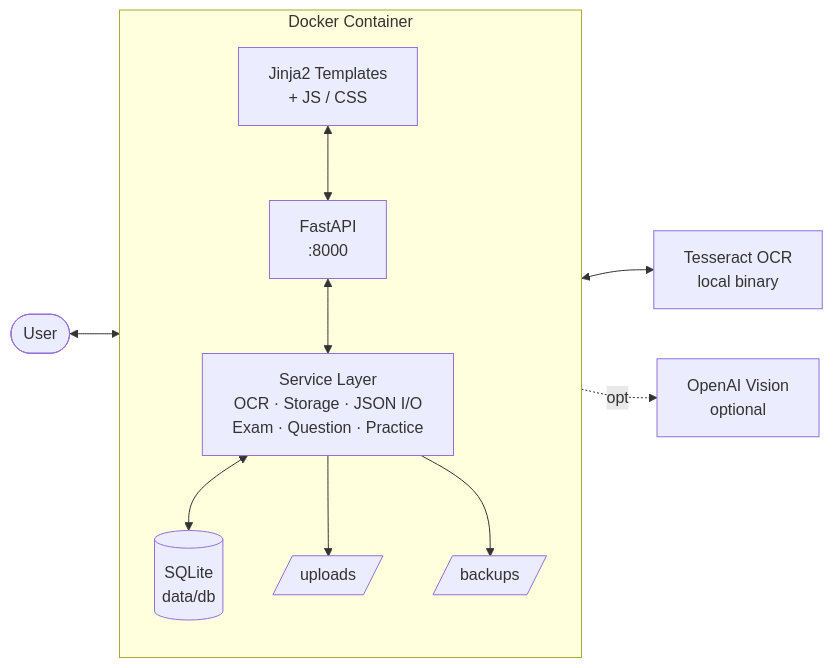
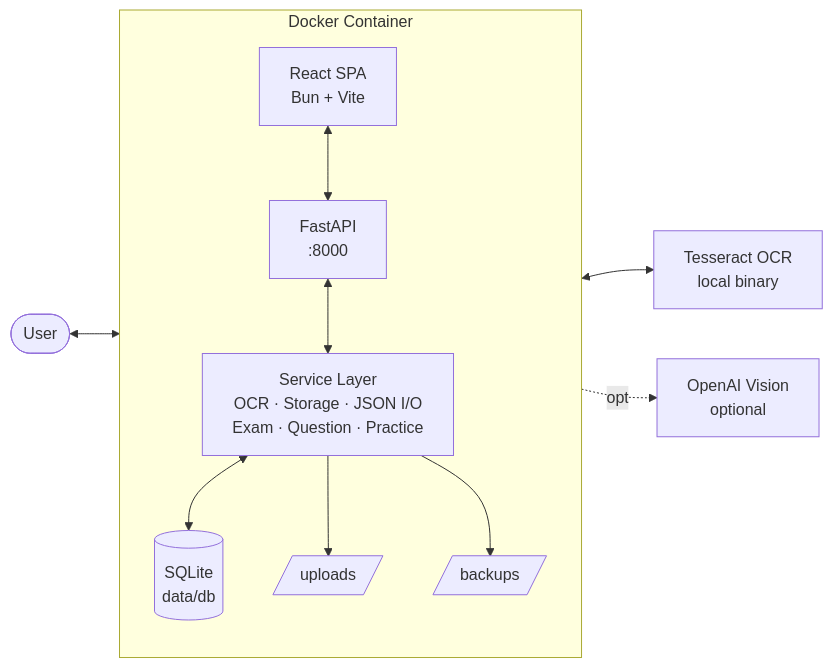
Before and after one commit to Dybalux/exam-qa-extractor: the first of 2 diagrams in README.es.md, drawn with Mermaid. The commit also changed other lines of this file and 80 other files, not shown here.

First line of the commit message:
feat(ui): migrar frontend a React SPA y remover templates Jinja

````diff
--- a/README.es.md
+++ b/README.es.md
@@ -34,26 +34,26 @@
 ```mermaid
 graph LR
     User([User])
 
     subgraph Container[Docker Container]
         direction TB
-        UI[Jinja2 Templates<br/>+ JS / CSS]
+        UI[React SPA<br/>Bun + Vite]
         API[FastAPI<br/>:8000]
         SVC[Service Layer<br/>OCR · Storage · JSON I/O<br/>Exam · Question · Practice]
         DB[(SQLite<br/>data/db)]
         UP[/uploads/]
         BK[/backups/]
     end
 
     Tesseract[Tesseract OCR<br/>local binary]
     OpenAI[OpenAI Vision<br/>optional]
 
     User <--> UI
     UI <--> API
     API <--> SVC
     SVC <--> DB
     SVC <--> Tesseract
     SVC -.opt.-> OpenAI
     SVC --> UP
     SVC --> BK
 ```
````
